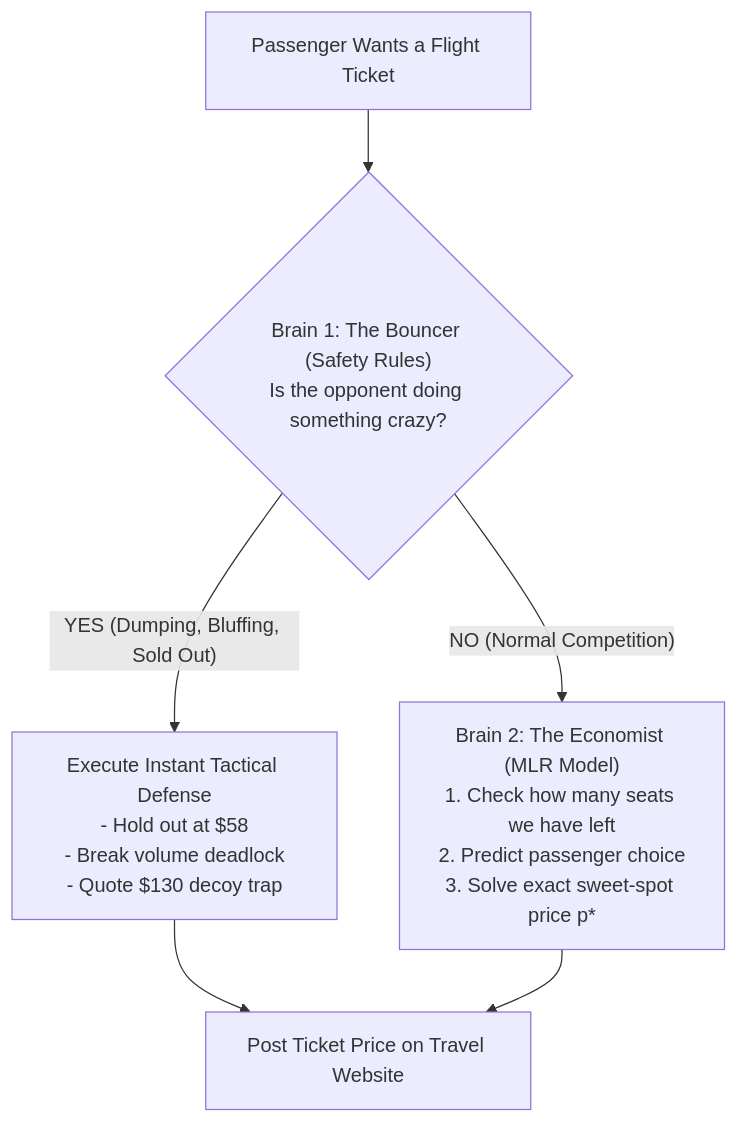
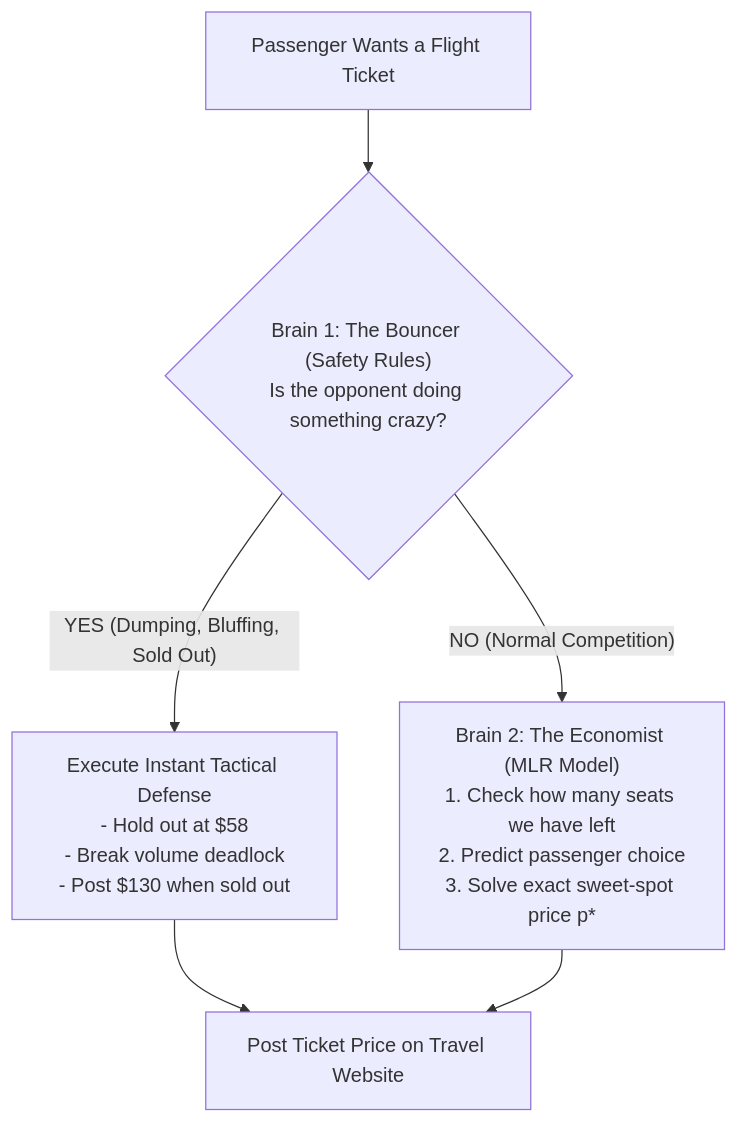
One commit to RamezCh/Learning-Optimization changed the diagram in DUOPOLY_MLR_EXPLAINED.md. Above: the diagram before and after it, drawn with Mermaid. The commit also changed other lines of this file and 28 other files, not shown here.

````diff
--- a/DUOPOLY_MLR_EXPLAINED.md
+++ b/DUOPOLY_MLR_EXPLAINED.md
@@ -52,11 +52,11 @@
 ```mermaid
 flowchart TD
     CustomerArrival["Passenger Wants a Flight Ticket"] --> Bouncer{"Brain 1: The Bouncer (Safety Rules)<br/>Is the opponent doing something crazy?"}
     
-    Bouncer -- "YES (Dumping, Bluffing, Sold Out)" --> TakeAction["Execute Instant Tactical Defense<br/>- Hold out at $58<br/>- Break volume deadlock<br/>- Quote $130 decoy trap"]
+    Bouncer -- "YES (Dumping, Bluffing, Sold Out)" --> TakeAction["Execute Instant Tactical Defense<br/>- Hold out at $58<br/>- Break volume deadlock<br/>- Post $130 when sold out"]
     
     Bouncer -- "NO (Normal Competition)" --> Economist["Brain 2: The Economist (MLR Model)<br/>1. Check how many seats we have left<br/>2. Predict passenger choice<br/>3. Solve exact sweet-spot price p*"]
     
     TakeAction --> FinalTicket["Post Ticket Price on Travel Website"]
     Economist --> FinalTicket
 ```
````
